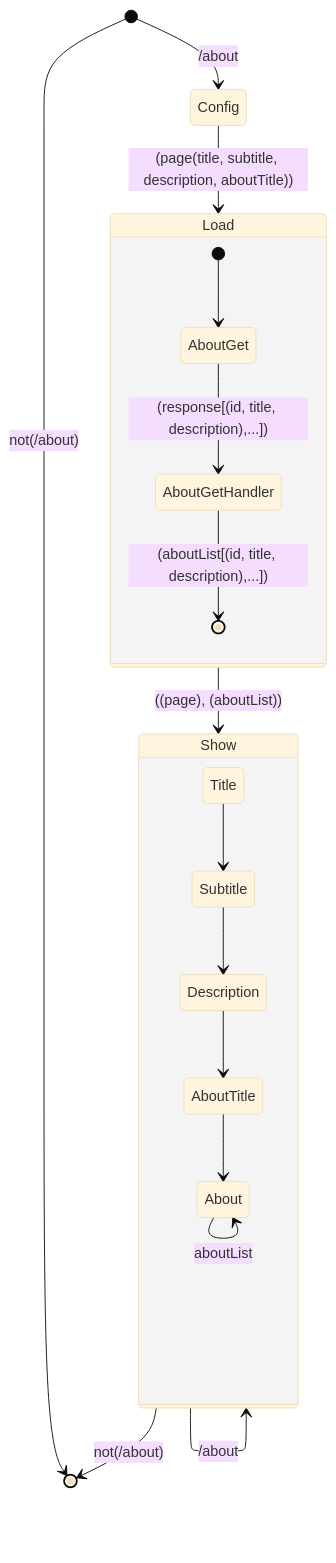
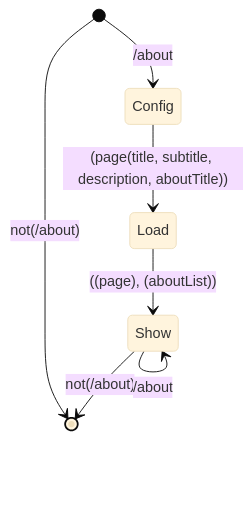
Before and after one commit to Wilfongjt/lb-A: diagram 19 of 21 in README.md, drawn with Mermaid. The commit also changed other lines of this file, not shown here.

````diff
--- a/README.md
+++ b/README.md
@@ -359,27 +345,14 @@
 ```mermaid
+
 %%{init: {'securityLevel': 'loose', 'theme':'base'}}%%
 stateDiagram
-    state Load {
-             
-        [*] --> AboutGet
-        AboutGet --> AboutGetHandler : (response[(id, title, description),...])
-        AboutGetHandler --> [*] : (aboutList[(id, title, description),...])
-     }    
-         
-    state Show {
-             
-        Title --> Subtitle
-        Subtitle --> Description
-        Description --> AboutTitle
-        AboutTitle --> About
-     }    
-         
+ 
 [*] --> [*] : not(/about)
 [*] --> Config : /about
 Config --> Load : (page(title, subtitle, description, aboutTitle))
 Load --> Show : ((page), (aboutList))
 Show --> [*] : not(/about)
  
 Show --> Show : /about
-About --> About : aboutList 
+ 
 ```
````
